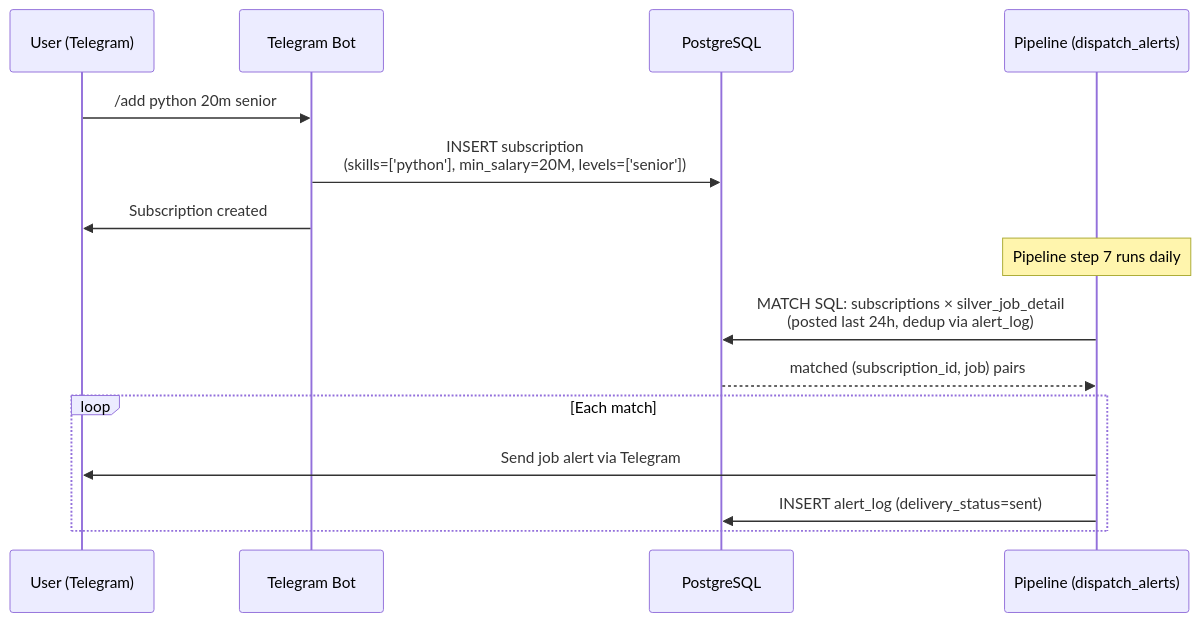
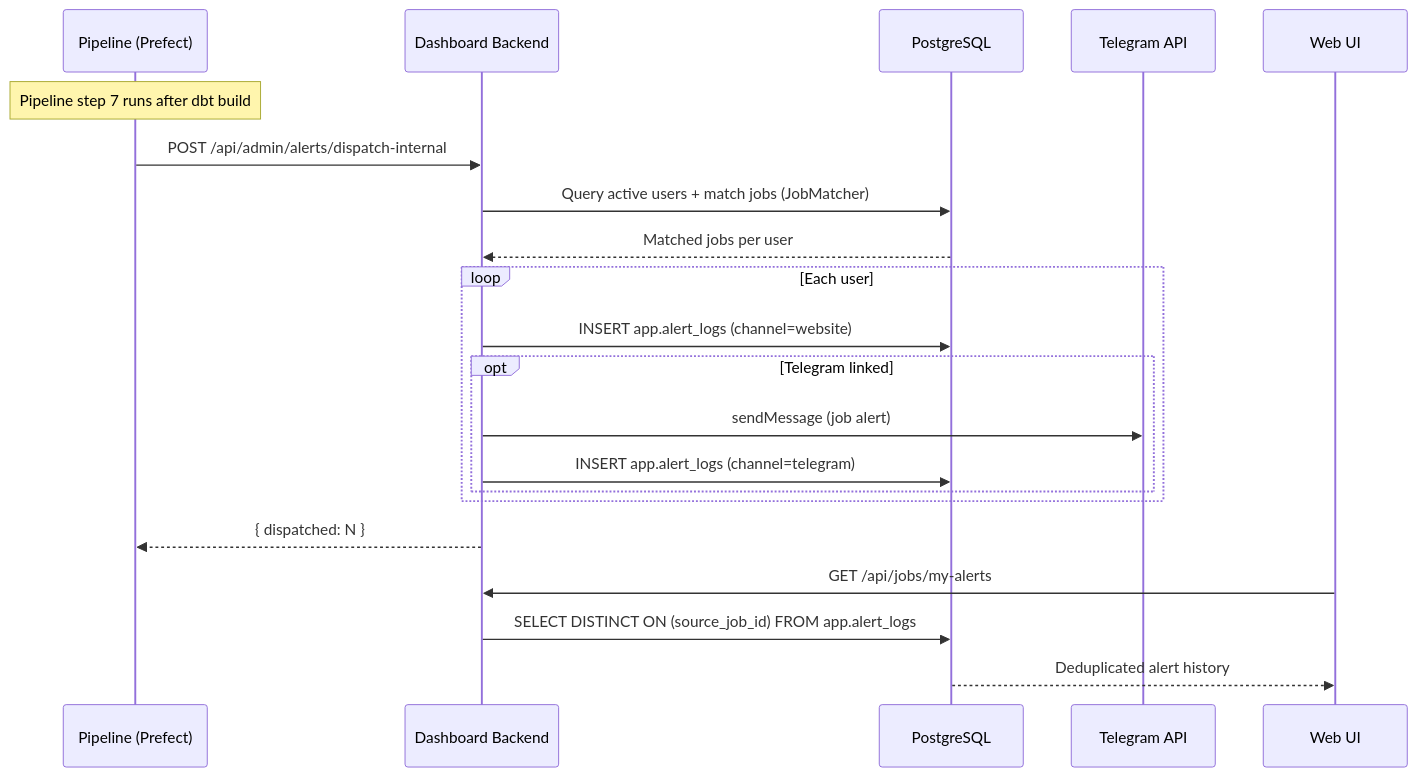
One commit to TalentPuse/TalentPulse_Pipeline_ETL-isolate changed diagram 11 of 13 in docs/ARCHITECTURE.md. Above: the diagram before and after it, drawn with Mermaid. The commit also changed other lines of this file, not shown here.

First line of the commit message:
docs: remove legacy telegram-bot from ARCHITECTURE.md

````diff
--- a/docs/ARCHITECTURE.md
+++ b/docs/ARCHITECTURE.md
@@ -535,20 +511,26 @@
 ```mermaid
 sequenceDiagram
-    participant U as User (Telegram)
-    participant Bot as Telegram Bot
+    participant Pipe as Pipeline (Prefect)
+    participant API as Dashboard Backend
     participant DB as PostgreSQL
-    participant Pipe as Pipeline (dispatch_alerts)
+    participant TG as Telegram API
+    participant Web as Web UI
 
-    U->>Bot: /add python 20m senior
-    Bot->>DB: INSERT subscription<br/>(skills=['python'], min_salary=20M, levels=['senior'])
-    Bot->>U: Subscription created
+    Note over Pipe: Pipeline step 7 runs after dbt build
+    Pipe->>API: POST /api/admin/alerts/dispatch-internal
+    API->>DB: Query active users + match jobs (JobMatcher)
+    DB-->>API: Matched jobs per user
 
-    Note over Pipe: Pipeline step 7 runs daily
-    Pipe->>DB: MATCH SQL: subscriptions × silver_job_detail<br/>(posted last 24h, dedup via alert_log)
-    DB-->>Pipe: matched (subscription_id, job) pairs
-    
-    loop Each match
-        Pipe->>U: Send job alert via Telegram
-        Pipe->>DB: INSERT alert_log (delivery_status=sent)
+    loop Each user
+        API->>DB: INSERT app.alert_logs (channel=website)
+        opt Telegram linked
+            API->>TG: sendMessage (job alert)
+            API->>DB: INSERT app.alert_logs (channel=telegram)
+        end
     end
+
+    API-->>Pipe: { dispatched: N }
+    Web->>API: GET /api/jobs/my-alerts
+    API->>DB: SELECT DISTINCT ON (source_job_id) FROM app.alert_logs
+    DB-->>Web: Deduplicated alert history
 ```
````
